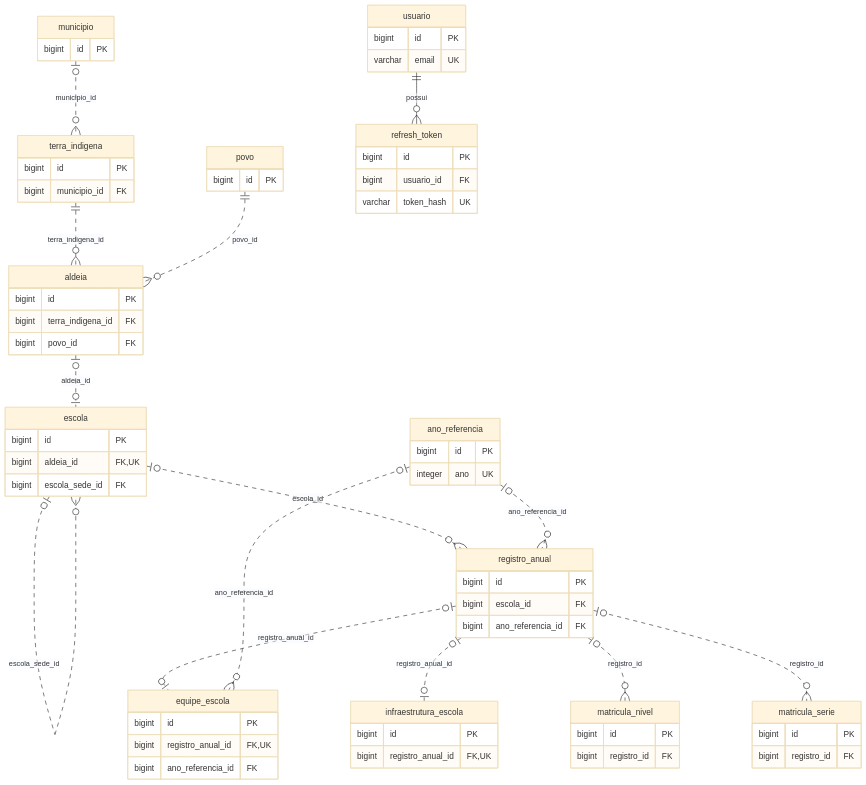
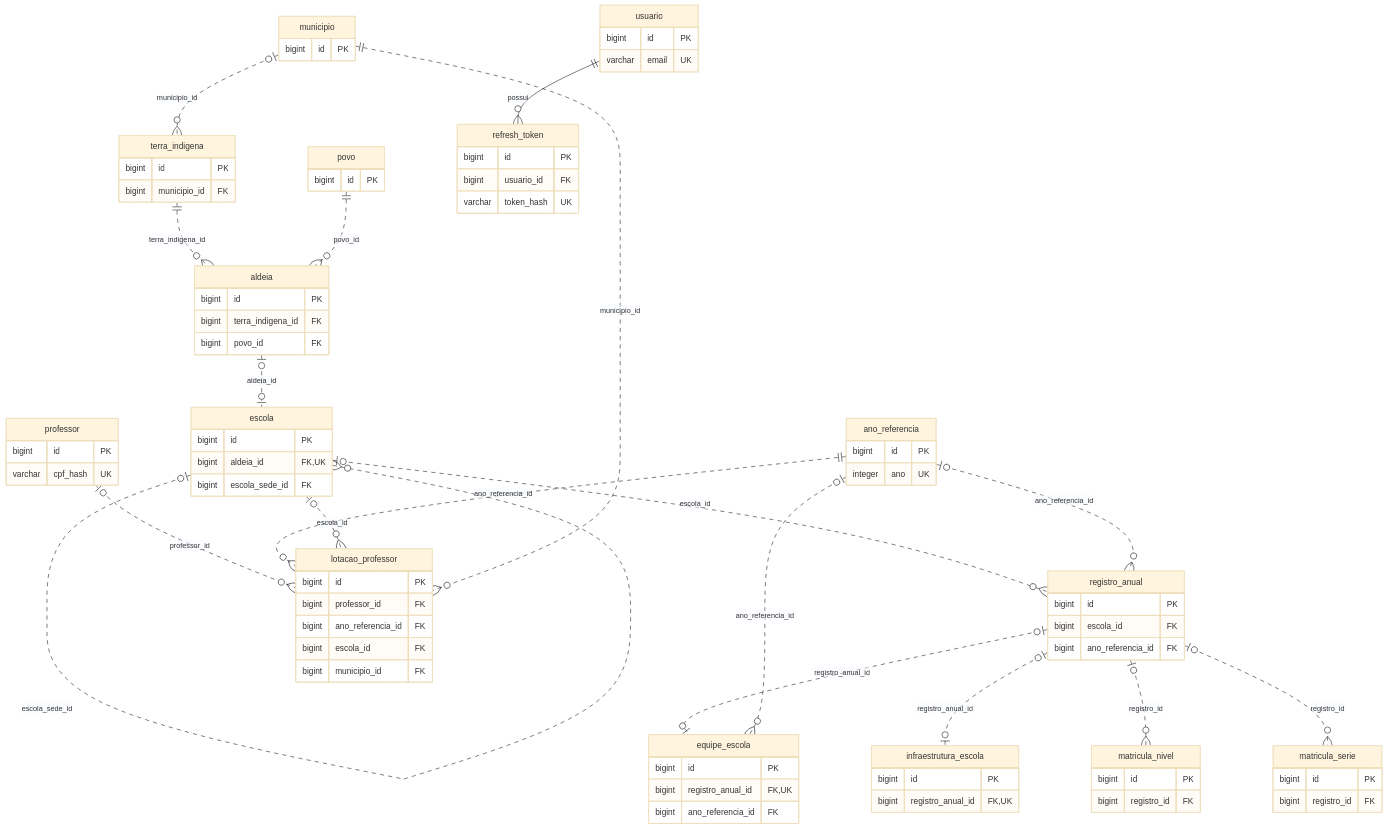
One commit to euzebio-chokolate/SIGEI changed the diagram in sigei-backend/docs/BANCO_DE_DADOS.md. Above: the diagram before and after it, drawn with Mermaid (base theme). The commit also changed other lines of this file and 57 other files, not shown here.

```diff
--- a/sigei-backend/docs/BANCO_DE_DADOS.md
+++ b/sigei-backend/docs/BANCO_DE_DADOS.md
@@ -33,6 +33,10 @@
     registro_anual o|..o| infraestrutura_escola : registro_anual_id
     registro_anual o|..o{ matricula_nivel : registro_id
     registro_anual o|..o{ matricula_serie : registro_id
+    professor o|..o{ lotacao_professor : professor_id
+    ano_referencia ||..o{ lotacao_professor : ano_referencia_id
+    escola o|..o{ lotacao_professor : escola_id
+    municipio ||..o{ lotacao_professor : municipio_id
 
     municipio {
         bigint id PK
@@ -80,6 +84,17 @@
         bigint id PK
         bigint registro_id FK
     }
+    professor {
+        bigint id PK
+        varchar cpf_hash UK
+    }
+    lotacao_professor {
+        bigint id PK
+        bigint professor_id FK
+        bigint ano_referencia_id FK
+        bigint escola_id FK
+        bigint municipio_id FK
+    }
     usuario {
         bigint id PK
         varchar email UK
```
